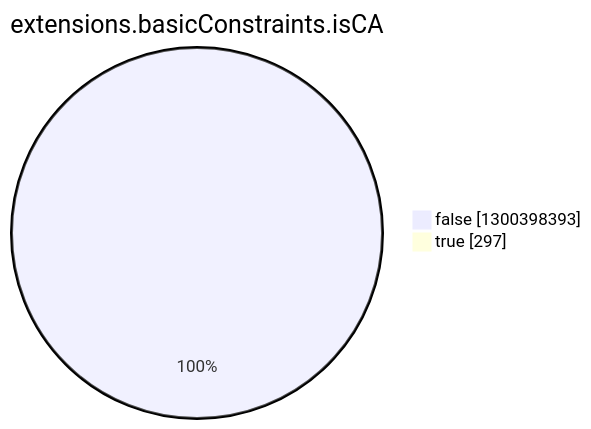
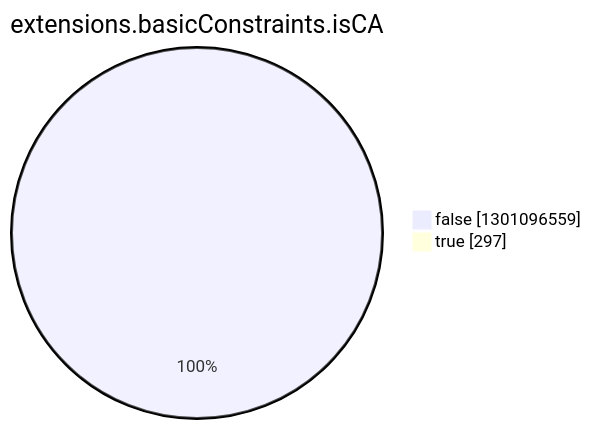
The eighth of 15 diagrams in argon2022/README.md (christiankrug/ctmonitor_visualization), drawn with Mermaid before and after one commit. The commit also changed other lines of this file, not shown here.

````diff
--- a/argon2022/README.md
+++ b/argon2022/README.md
@@ -2757,6 +2757,6 @@
 ```mermaid
 pie showData
 title extensions.basicConstraints.isCA
-"false" :1300398393
+"false" :1301096559
 "true" :297
 ```
````
